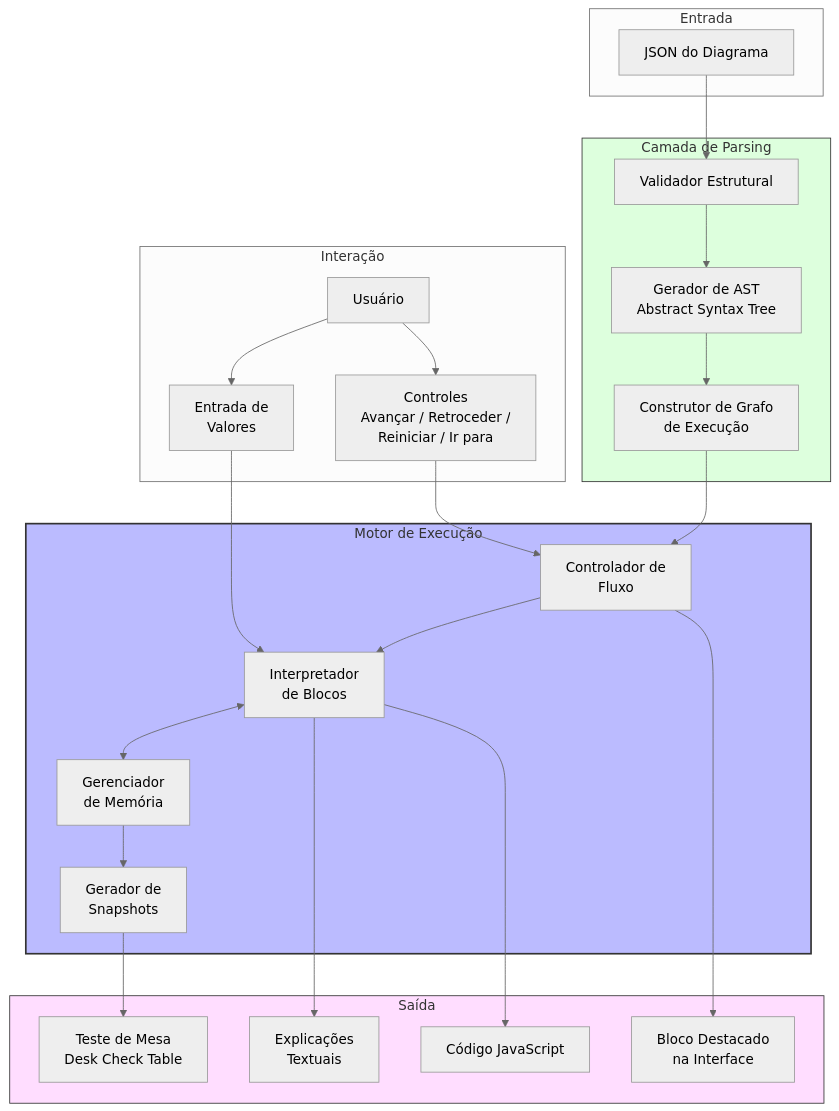
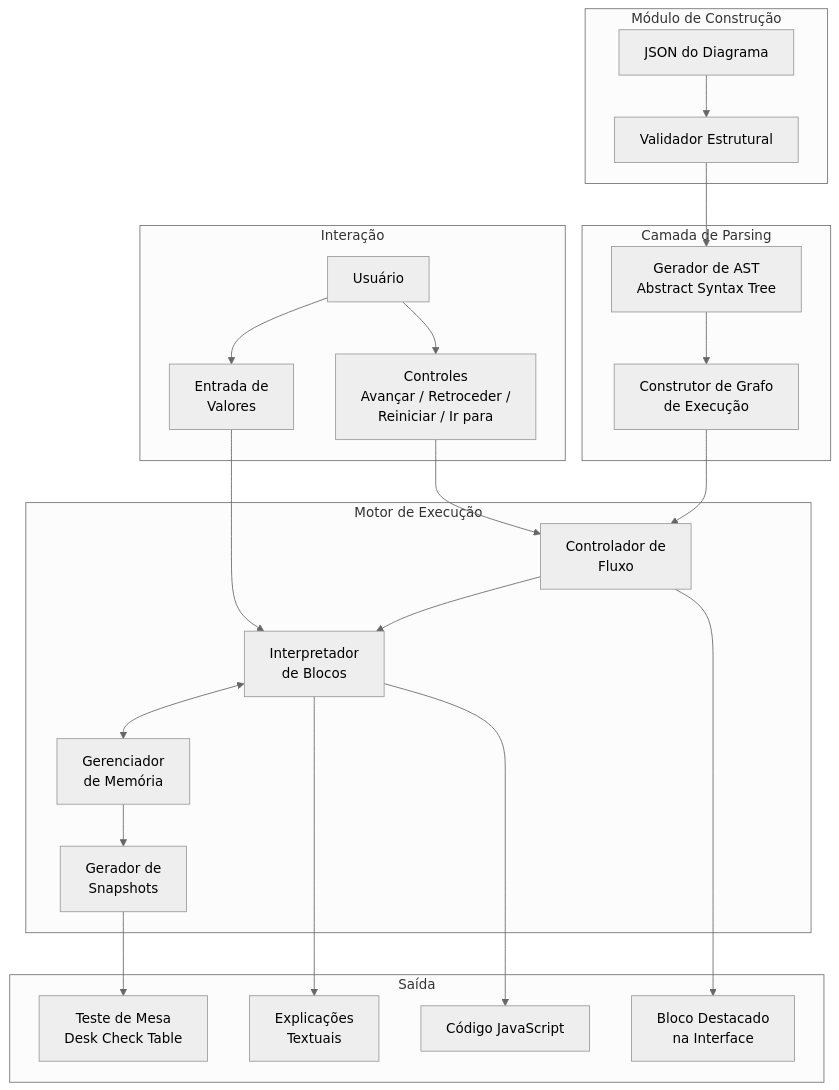
Before and after one commit to si-utfpr-gp/blade: the fifth of 7 diagrams in docs/ssd.md, drawn with Mermaid (neutral theme). The commit also changed other lines of this file and 1 other file, not shown here.

Commit message:
docs: move structural validation to builder module, fix mermaid diagrams for GitHub rendering

````diff
--- a/docs/ssd.md
+++ b/docs/ssd.md
@@ -387,55 +366,43 @@
 ```mermaid
 graph TB
-    subgraph Input["Entrada"]
+    subgraph Builder["Módulo de Construção"]
         DIAGRAM[JSON do Diagrama]
+        VAL[Validador Estrutural]
+        DIAGRAM --> VAL
     end
-
     subgraph Parser["Camada de Parsing"]
-        VAL[Validador Estrutural]
         AST[Gerador de AST<br/>Abstract Syntax Tree]
         GRAPH[Construtor de Grafo<br/>de Execução]
     end
-
     subgraph Engine["Motor de Execução"]
         CTL[Controlador de<br/>Fluxo]
         INTERP[Interpretador<br/>de Blocos]
         MEM[Gerenciador<br/>de Memória]
         SNAP[Gerador de<br/>Snapshots]
     end
-
     subgraph Output["Saída"]
         DT[Teste de Mesa<br/>Desk Check Table]
         EXP[Explicações<br/>Textuais]
         CODE[Código JavaScript]
         HIGHLIGHT[Bloco Destacado<br/>na Interface]
     end
-
     subgraph User["Interação"]
         USER[Usuário]
         CONTROLS[Controles<br/>Avançar / Retroceder /<br/>Reiniciar / Ir para]
         INPUT_VAL[Entrada de<br/>Valores]
     end
-
-    DIAGRAM --> VAL
     VAL --> AST
     AST --> GRAPH
     GRAPH --> CTL
-
     CTL --> INTERP
     INTERP <--> MEM
     MEM --> SNAP
     SNAP --> DT
-
     INTERP --> EXP
     INTERP --> CODE
     CTL --> HIGHLIGHT
-
     USER --> CONTROLS
     CONTROLS --> CTL
     USER --> INPUT_VAL
     INPUT_VAL --> INTERP
-
-    style Engine fill:#bbf,stroke:#333,stroke-width:2px
-    style Parser fill:#dfd,stroke:#333
-    style Output fill:#fdf,stroke:#333
 ```
````
